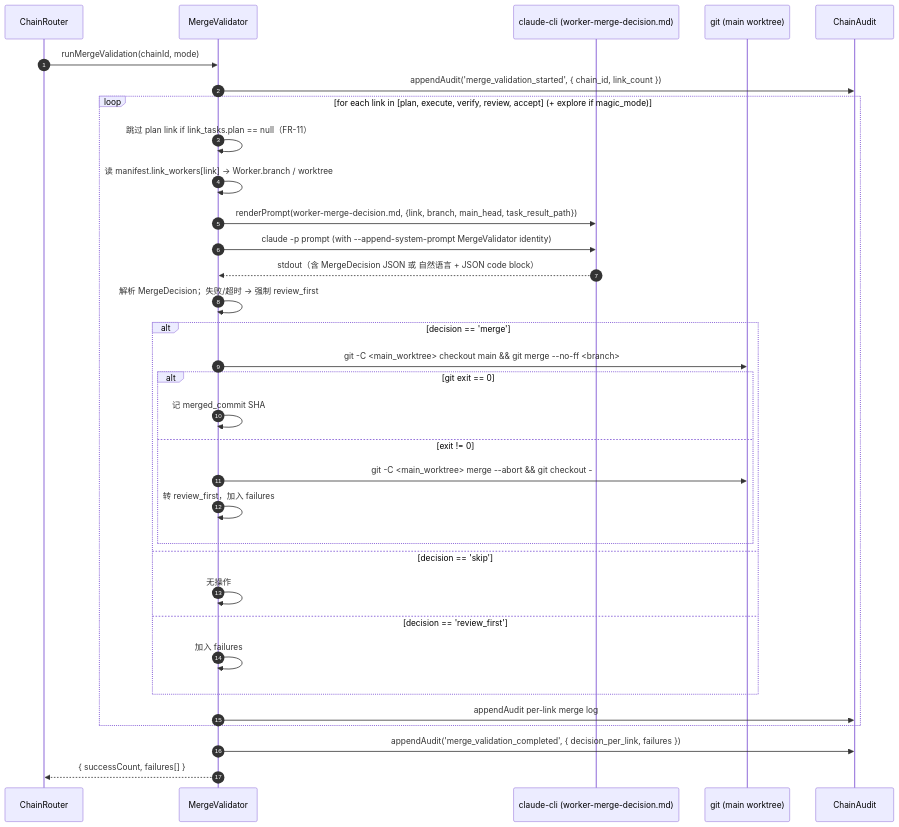
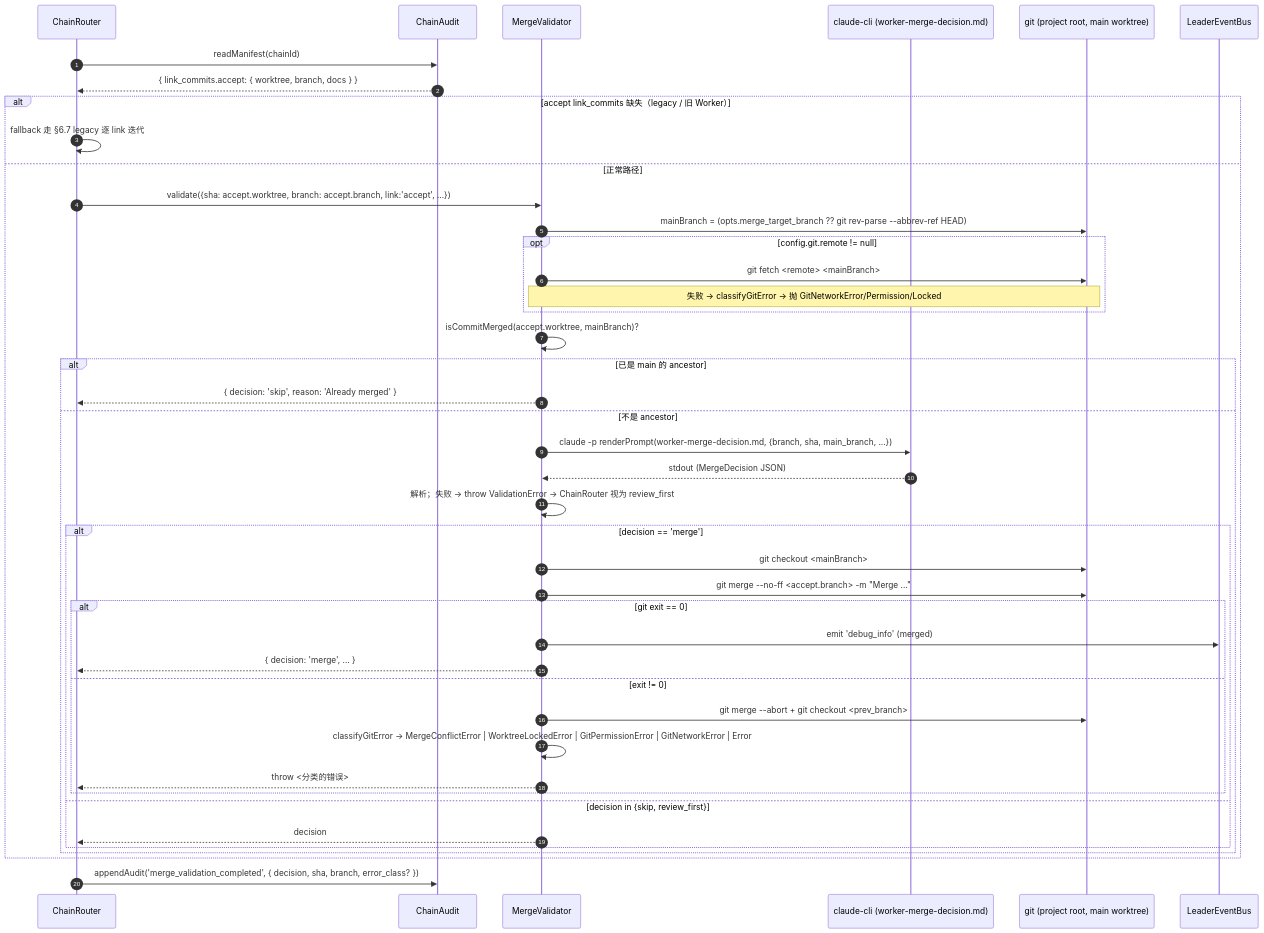
One commit to adamancyzhang/claude-orchestrator-server changed the first of 2 diagrams in docs/v0.7/dd/07-merge-validator-and-closure.md. Above: the diagram before and after it, drawn with Mermaid. The commit also changed other lines of this file and 11 other files, not shown here.

First line of the commit message:
docs(v0.7): backfill rc1 worktree workflow + error taxonomy + package layout

````diff
--- a/docs/v0.7/dd/07-merge-validator-and-closure.md
+++ b/docs/v0.7/dd/07-merge-validator-and-closure.md
@@ -43,36 +46,46 @@
 ```mermaid
 sequenceDiagram
   autonumber
   participant CR as ChainRouter
+  participant CA as ChainAudit
   participant MV as MergeValidator
   participant CL as claude-cli (worker-merge-decision.md)
-  participant GIT as git (main worktree)
-  participant CA as ChainAudit
+  participant GIT as git (project root, main worktree)
+  participant BUS as LeaderEventBus
 
-  CR->>MV: runMergeValidation(chainId, mode)
-  MV->>CA: appendAudit('merge_validation_started', { chain_id, link_count })
-  loop for each link in [plan, execute, verify, review, accept] (+ explore if magic_mode)
-    MV->>MV: 跳过 plan link if link_tasks.plan == null（FR-11）
-    MV->>MV: 读 manifest.link_workers[link] → Worker.branch / worktree
-    MV->>CL: renderPrompt(worker-merge-decision.md, {link, branch, main_head, task_result_path})
-    MV->>CL: claude -p prompt (with --append-system-prompt MergeValidator identity)
-    CL-->>MV: stdout（含 MergeDecision JSON 或 自然语言 + JSON code block）
-    MV->>MV: 解析 MergeDecision；失败/超时 → 强制 review_first
-    alt decision == 'merge'
-      MV->>GIT: git -C <main_worktree> checkout main && git merge --no-ff <branch>
-      alt git exit == 0
-        MV->>MV: 记 merged_commit SHA
-      else exit != 0
-        MV->>GIT: git -C <main_worktree> merge --abort && git checkout -
-        MV->>MV: 转 review_first，加入 failures
+  CR->>CA: readManifest(chainId)
+  CA-->>CR: { link_commits.accept: { worktree, branch, docs } }
+  alt accept link_commits 缺失（legacy / 旧 Worker）
+    CR->>CR: fallback 走 §6.7 legacy 逐 link 迭代
+  else 正常路径
+    CR->>MV: validate({sha: accept.worktree, branch: accept.branch, link:'accept', ...})
+    MV->>GIT: mainBranch = (opts.merge_target_branch ?? git rev-parse --abbrev-ref HEAD)
+    opt config.git.remote != null
+      MV->>GIT: git fetch <remote> <mainBranch>
+      Note over MV,GIT: 失败 → classifyGitError → 抛 GitNetworkError/Permission/Locked
+    end
+    MV->>MV: isCommitMerged(accept.worktree, mainBranch)?
+    alt 已是 main 的 ancestor
+      MV-->>CR: { decision: 'skip', reason: 'Already merged' }
+    else 不是 ancestor
+      MV->>CL: claude -p renderPrompt(worker-merge-decision.md, {branch, sha, main_branch, ...})
+      CL-->>MV: stdout (MergeDecision JSON)
+      MV->>MV: 解析；失败 → throw ValidationError → ChainRouter 视为 review_first
+      alt decision == 'merge'
+        MV->>GIT: git checkout <mainBranch>
+        MV->>GIT: git merge --no-ff <accept.branch> -m "Merge ..."
+        alt git exit == 0
+          MV->>BUS: emit 'debug_info' (merged)
+          MV-->>CR: { decision: 'merge', ... }
+        else exit != 0
+          MV->>GIT: git merge --abort + git checkout <prev_branch>
+          MV->>MV: classifyGitError → MergeConflictError | WorktreeLockedError | GitPermissionError | GitNetworkError | Error
+          MV-->>CR: throw <分类的错误>
+        end
+      else decision in {skip, review_first}
+        MV-->>CR: decision
       end
-    else decision == 'skip'
-      MV->>MV: 无操作
-    else decision == 'review_first'
-      MV->>MV: 加入 failures
     end
-    MV->>CA: appendAudit per-link merge log
   end
-  MV->>CA: appendAudit('merge_validation_completed', { decision_per_link, failures })
-  MV-->>CR: { successCount, failures[] }
+  CR->>CA: appendAudit('merge_validation_completed', { decision, sha, branch, error_class? })
 ```
````
